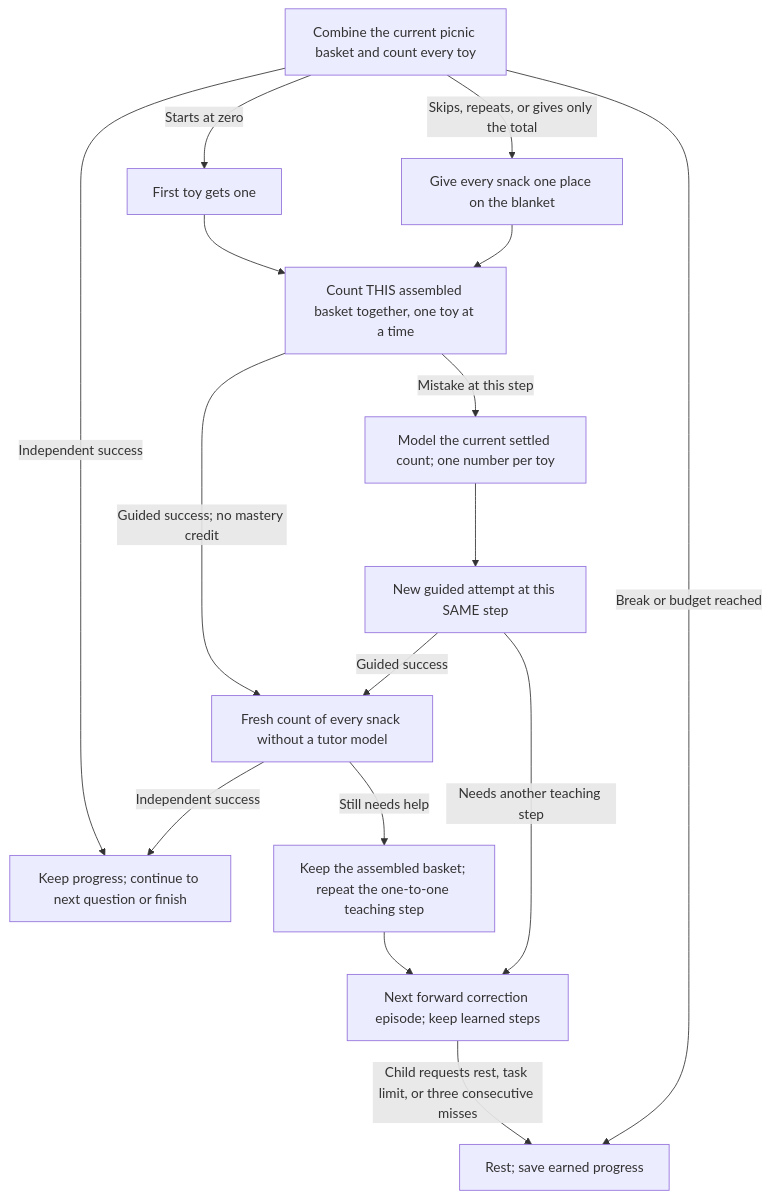
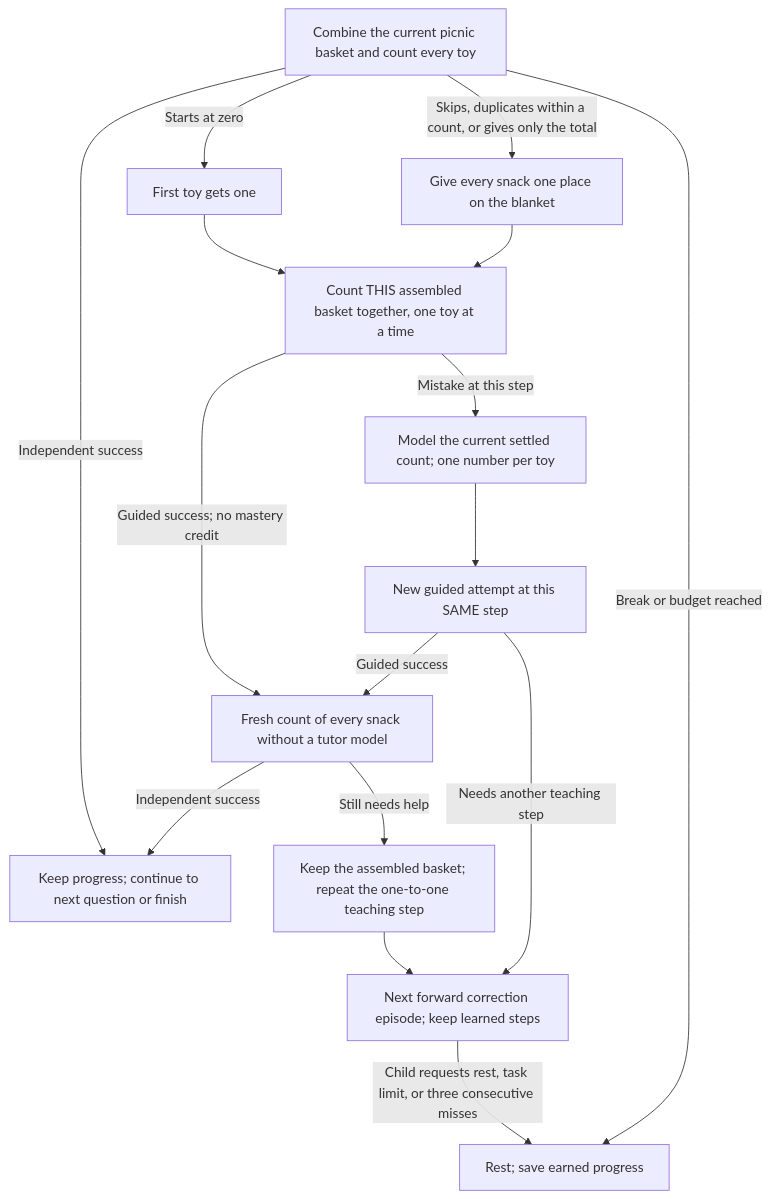
One commit to sealsbroken/unmath changed the second of 2 diagrams in README.md. Above: the diagram before and after it, drawn with Mermaid. The commit also changed other lines of this file and 15 other files, not shown here.

````diff
--- a/README.md
+++ b/README.md
@@ -114,18 +114,18 @@
 ```mermaid
 flowchart TD
     Choose["Combine the current picnic basket and count every toy"] -->|"Independent success"| Done["Keep progress; continue to next question or finish"]
     Choose -->|"Starts at zero"| E0["First toy gets one"]
     E0 --> S0
-    Choose -->|"Skips, repeats, or gives only the total"| E1["Give every snack one place on the blanket"]
+    Choose -->|"Skips, duplicates within a count, or gives only the total"| E1["Give every snack one place on the blanket"]
     E1 --> S0
     S0["Count THIS assembled basket together, one toy at a time"] -->|"Guided success; no mastery credit"| Follow
     S0 -->|"Mistake at this step"| H0["Model the current settled count; one number per toy"]
     H0 --> R0["New guided attempt at this SAME step"]
     R0 -->|"Guided success"| Follow
     R0 -->|"Needs another teaching step"| Continue["Next forward correction episode; keep learned steps"]
     Follow["Fresh count of every snack without a tutor model"] -->|"Independent success"| Done
     Follow -->|"Still needs help"| Focus["Keep the assembled basket; repeat the one-to-one teaching step"]
     Focus --> Continue
     Choose -->|"Break or budget reached"| Rest["Rest; save earned progress"]
     Continue -->|"Child requests rest, task limit, or three consecutive misses"| Rest
 ```
````
